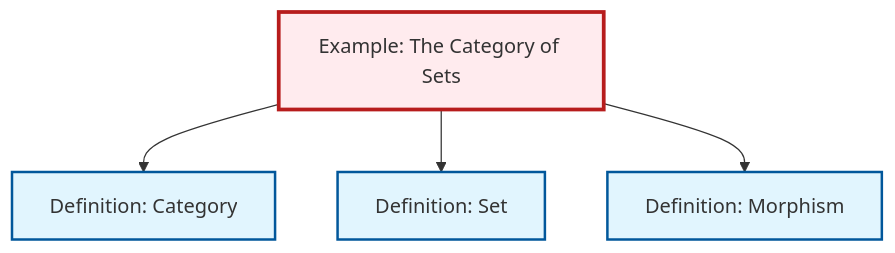
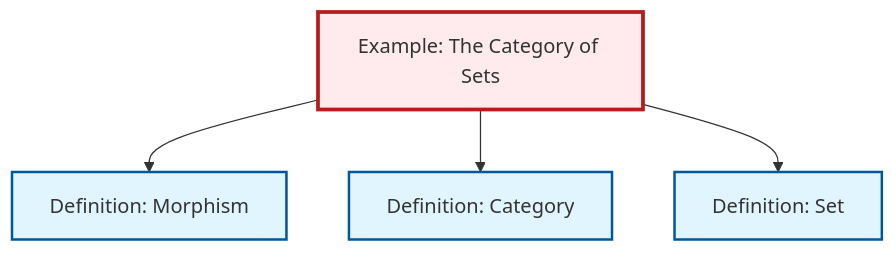
One commit to RK0429/ModernMath changed the diagram in output/mermaid/ex-set-category.mermaid. Above: the diagram before and after it, drawn with Mermaid. The commit also changed other lines of this file and 1203 other files, not shown here.

```diff
--- a/output/mermaid/ex-set-category.mermaid
+++ b/output/mermaid/ex-set-category.mermaid
@@ -1,15 +1,15 @@
 %%| fig-cap: "Local dependency graph"
 graph TD
     classDef definition fill:#e1f5fe,stroke:#01579b,stroke-width:2px
     classDef theorem fill:#f3e5f5,stroke:#4a148c,stroke-width:2px
     classDef axiom fill:#fff3e0,stroke:#e65100,stroke-width:2px
     classDef example fill:#e8f5e9,stroke:#1b5e20,stroke-width:2px
     classDef current fill:#ffebee,stroke:#b71c1c,stroke-width:3px
+    ex-set-category["Example: The Category of Sets"]:::example
     def-set["Definition: Set"]:::definition
     def-category["Definition: Category"]:::definition
     def-morphism["Definition: Morphism"]:::definition
-    ex-set-category["Example: The Category of Sets"]:::example
+    ex-set-category --> def-morphism
     ex-set-category --> def-category
     ex-set-category --> def-set
-    ex-set-category --> def-morphism
     class ex-set-category current
```
